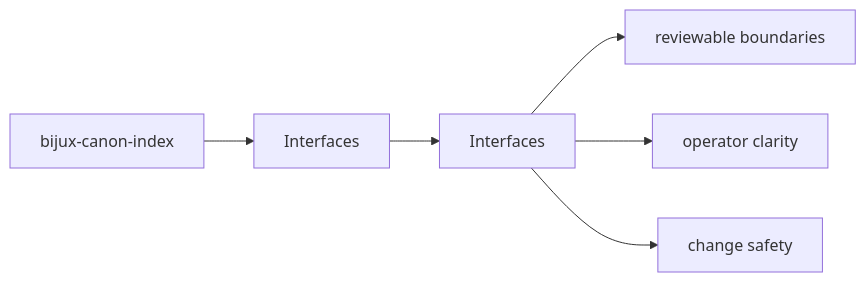
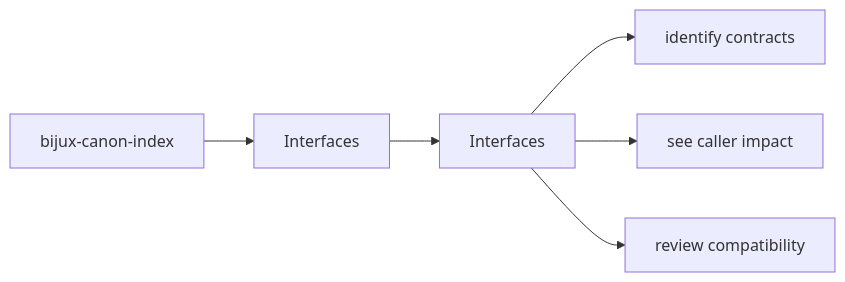
One commit to bijux/bijux-canon changed the first of 2 diagrams in docs/bijux-canon-index/interfaces/index.md. Above: the diagram before and after it, drawn with Mermaid. The commit also changed other lines of this file and 250 other files, not shown here.

Commit message:
docs(diagrams): make product page maps more readable

````diff
--- a/docs/bijux-canon-index/interfaces/index.md
+++ b/docs/bijux-canon-index/interfaces/index.md
@@ -20,11 +20,11 @@
 ```mermaid
 flowchart LR
     scope["bijux-canon-index"] --> section["Interfaces"]
     section --> page["Interfaces"]
-    dest1["reviewable boundaries"]
-    dest2["operator clarity"]
-    dest3["change safety"]
+    dest1["identify contracts"]
+    dest2["see caller impact"]
+    dest3["review compatibility"]
     page --> dest1
     page --> dest2
     page --> dest3
 ```
````
